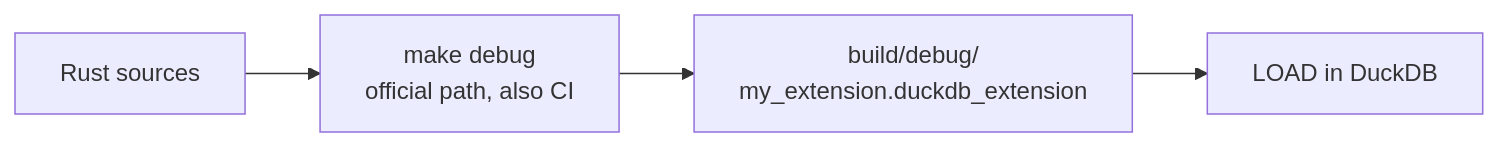
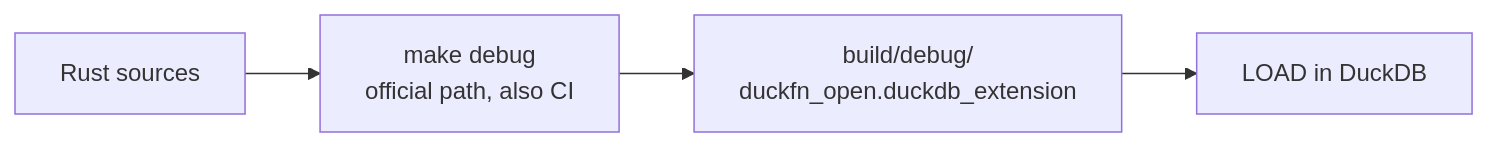
The first of 2 diagrams in docs/docs/development/build-and-release.md (shijianjs/duckfn-open), drawn with Mermaid before and after one commit. The commit also changed other lines of this file and 60 other files, not shown here.

First line of the commit message:
feat(duckfn_open): 接入 open crate，并把构建收窄到桌面平台

````diff
--- a/docs/docs/development/build-and-release.md
+++ b/docs/docs/development/build-and-release.md
@@ -21,6 +21,6 @@
 ```mermaid
 flowchart LR
     src["Rust sources"] --> make["make debug<br/>official path, also CI"]
-    make --> out["build/debug/<br/>my_extension.duckdb_extension"]
+    make --> out["build/debug/<br/>duckfn_open.duckdb_extension"]
     out --> load["LOAD in DuckDB"]
 ```
````
